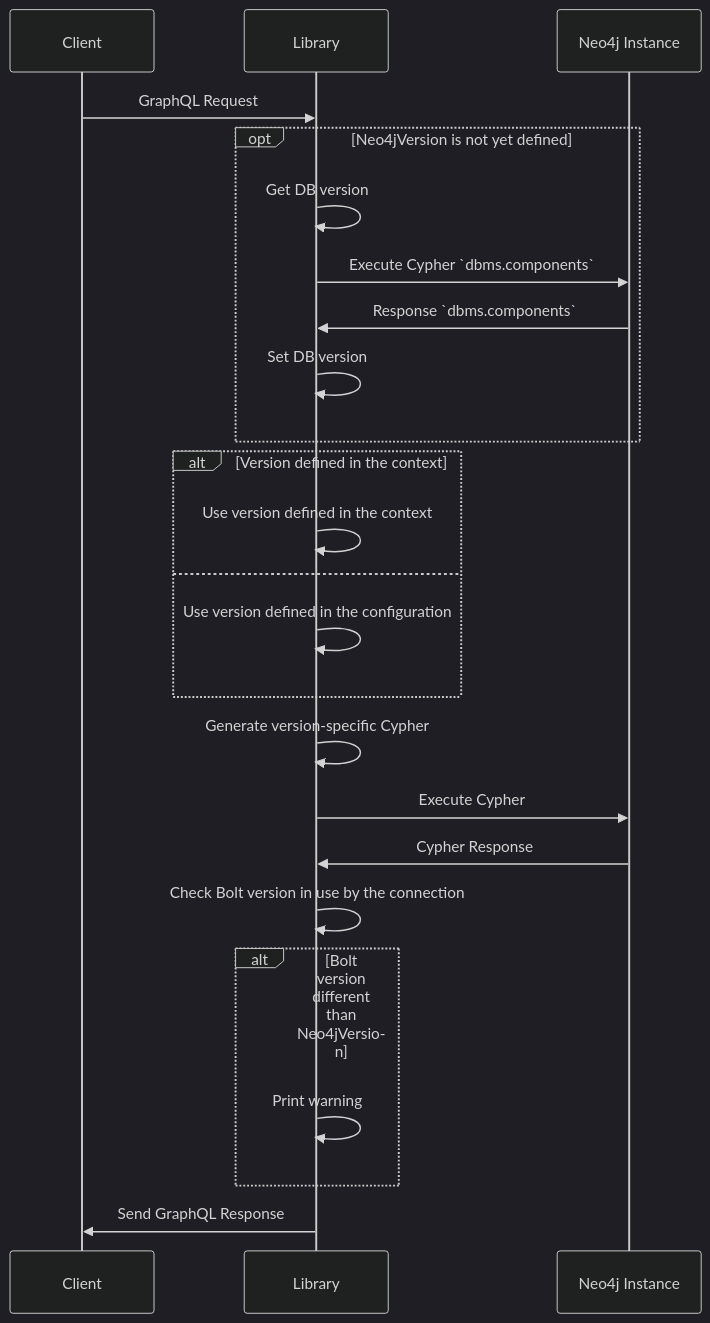
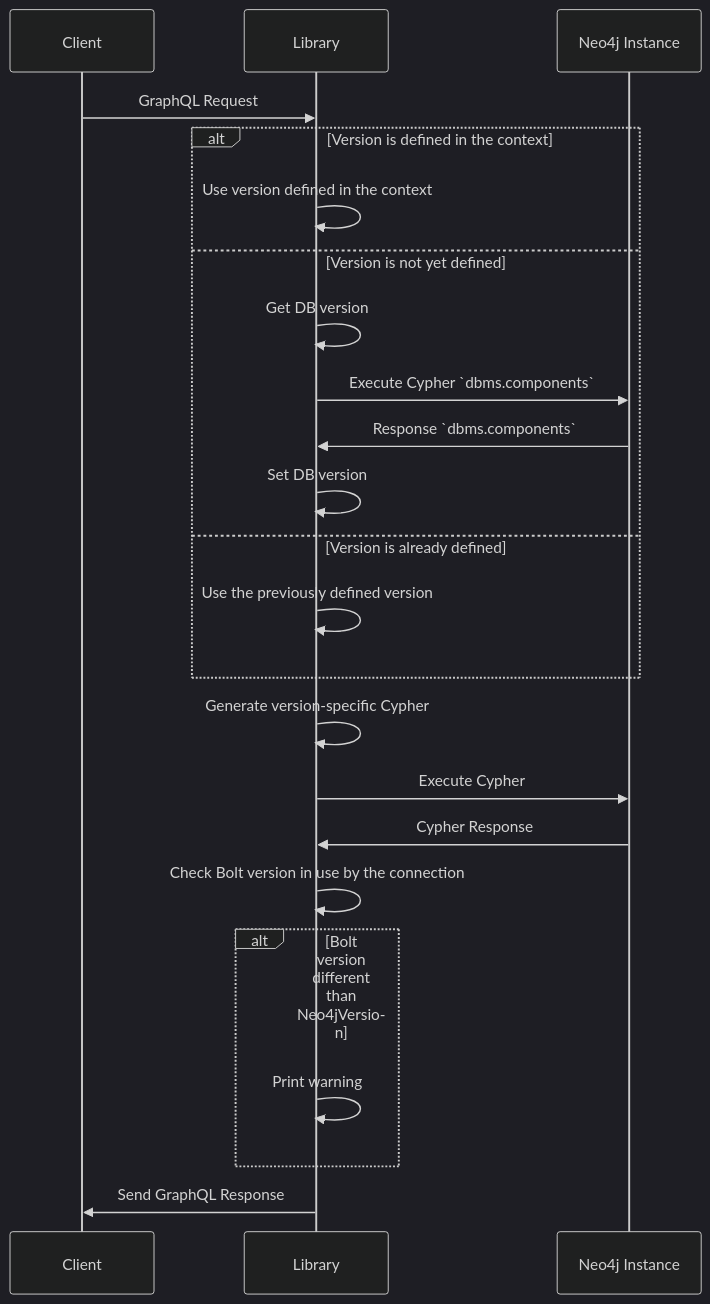
One commit to neo4j/graphql changed the diagram in docs/rfcs/rfc-021-database-info.md. Above: the diagram before and after it, drawn with Mermaid (dark theme).

````diff
--- a/docs/rfcs/rfc-021-database-info.md
+++ b/docs/rfcs/rfc-021-database-info.md
@@ -61,26 +61,25 @@
 ```mermaid
 sequenceDiagram
     participant Client
     participant Library
     participant Neo4j Instance
     Client->>Library: GraphQL Request
-    opt Neo4jVersion is not yet defined
+    alt Version is defined in the context
+        Library->>Library: Use version defined in the context
+    else Version is not yet defined
         Library->>Library: Get DB version
         Library->>Neo4j Instance: Execute Cypher `dbms.components`
         Neo4j Instance->>Library: Response `dbms.components`
         Library->>Library: Set DB version
-    end
-    alt Version defined in the context
-        Library->>Library: Use version defined in the context
-    else 
-        Library->>Library: Use version defined in the configuration
+    else Version is already defined
+        Library->>Library: Use the previously defined version
     end
     Library->>Library: Generate version-specific Cypher 
     Library->>Neo4j Instance: Execute Cypher
     Neo4j Instance->>Library: Cypher Response
     Library->>Library: Check Bolt version in use by the connection
     alt Bolt version different than Neo4jVersion
         Library->>Library: Print warning
     end
     Library->>Client: Send GraphQL Response
 ```
````
